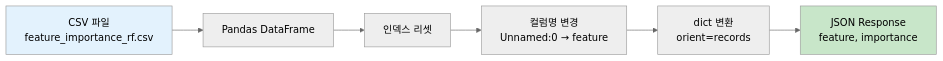
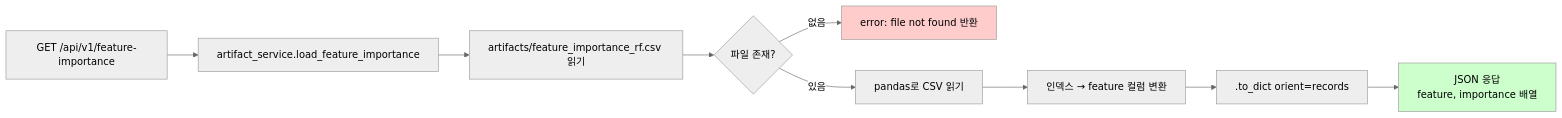
One commit to KNU-TEAM5/capstone2_BE changed the fourth of 9 diagrams in docs/data-flow-diagram.md. Above: the diagram before and after it, drawn with Mermaid (neutral theme). The commit also changed other lines of this file, not shown here.

Commit message:
docs: 데이터 플로우 다이어그램

````diff
--- a/docs/data-flow-diagram.md
+++ b/docs/data-flow-diagram.md
@@ -177,11 +177,14 @@
 ```mermaid
-graph LR
-    A[CSV 파일<br/>feature_importance_rf.csv] --> B[Pandas DataFrame]
-    B --> C[인덱스 리셋]
-    C --> D[컬럼명 변경<br/>Unnamed:0 → feature]
-    D --> E[dict 변환<br/>orient=records]
-    E --> F[JSON Response<br/>feature, importance]
+flowchart LR
+    A[GET /api/v1/feature-importance] --> B[artifact_service.load_feature_importance]
+    B --> C[artifacts/feature_importance_rf.csv 읽기]
+    C --> D{파일 존재?}
+    D -->|없음| E[error: file not found 반환]
+    D -->|있음| F[pandas로 CSV 읽기]
+    F --> G[인덱스 → feature 컬럼 변환]
+    G --> H[.to_dict orient=records]
+    H --> I[JSON 응답<br/>feature, importance 배열]
 
-    style A fill:#e3f2fd
-    style F fill:#c8e6c9
+    style E fill:#ffcccc
+    style I fill:#ccffcc
 ```
````
